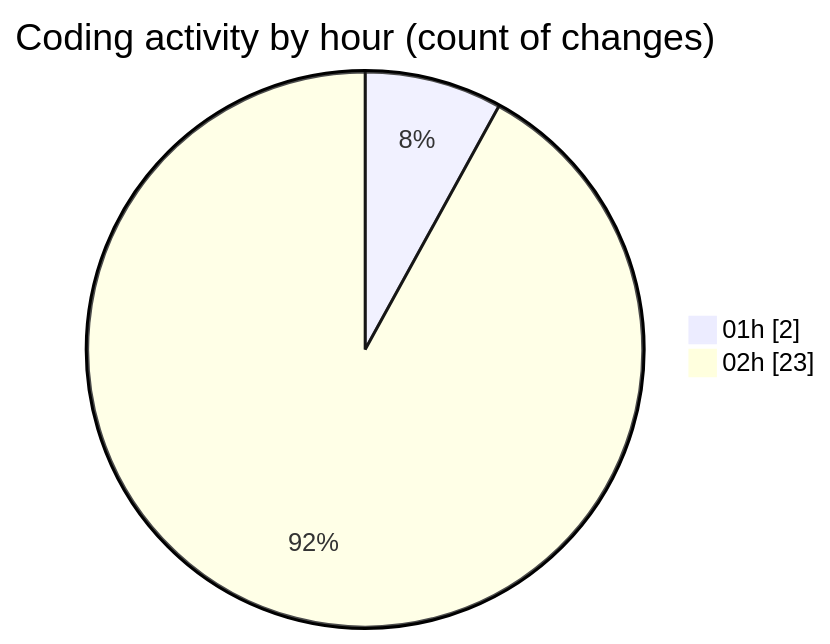
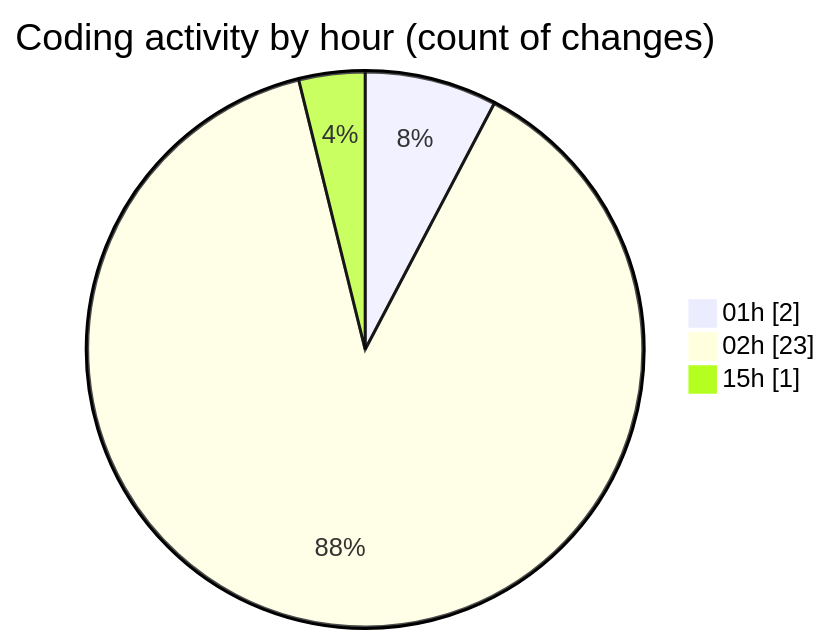
One commit to mevix1/code-tracking changed the second of 2 diagrams in 2025-10-01/open-health/README.md. Above: the diagram before and after it, drawn with Mermaid. The commit also changed other lines of this file and 1 other file, not shown here.

````diff
--- a/2025-10-01/open-health/README.md
+++ b/2025-10-01/open-health/README.md
@@ -41,6 +41,7 @@
 ```mermaid
 pie showData
 title Coding activity by hour (count of changes)
 "01h" : 2
 "02h" : 23
+"15h" : 1
 ```
````
